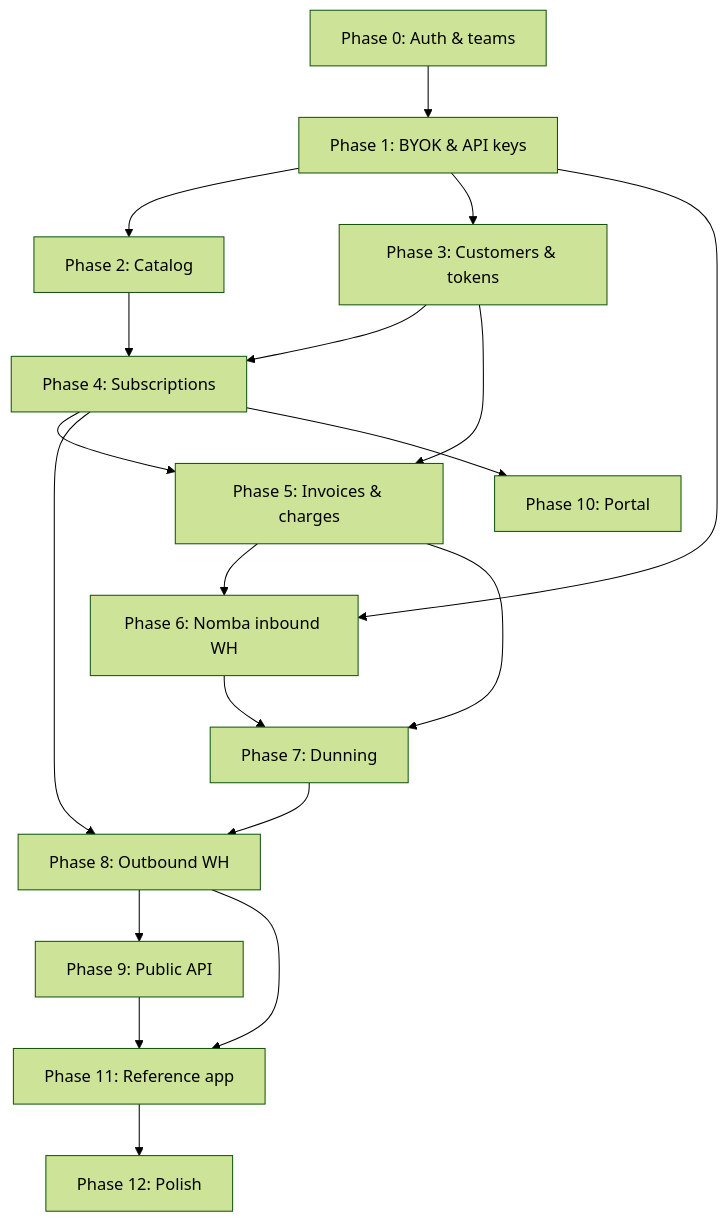
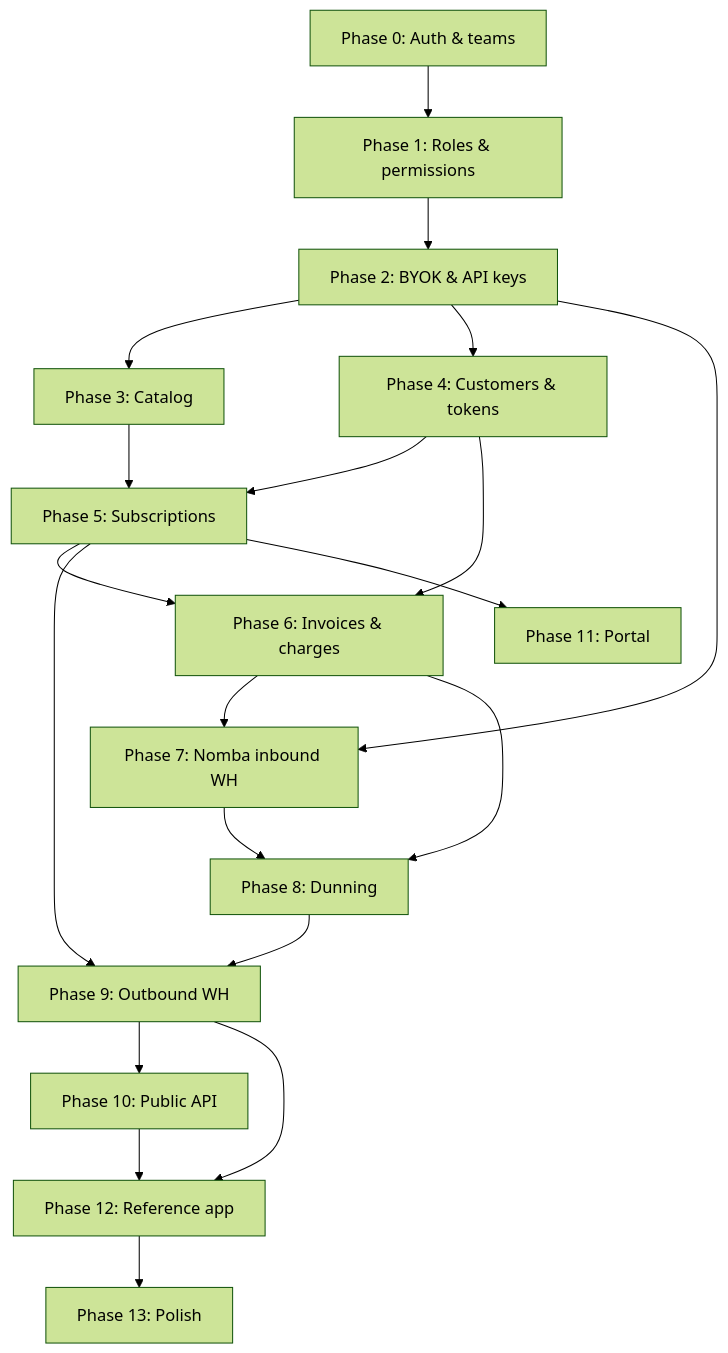
One commit to josephajibodu/bouclay changed the diagram in IMPLEMENTATION.md. Above: the diagram before and after it, drawn with Mermaid (forest theme). The commit also changed other lines of this file and 2 other files, not shown here.

Commit message:
docs: roles and permissions update

````diff
--- a/IMPLEMENTATION.md
+++ b/IMPLEMENTATION.md
@@ -221,35 +241,37 @@
 ```mermaid
 flowchart TD
     P0[Phase 0: Auth & teams]
-    P1[Phase 1: BYOK & API keys]
-    P2[Phase 2: Catalog]
-    P3[Phase 3: Customers & tokens]
-    P4[Phase 4: Subscriptions]
-    P5[Phase 5: Invoices & charges]
-    P6[Phase 6: Nomba inbound WH]
-    P7[Phase 7: Dunning]
-    P8[Phase 8: Outbound WH]
-    P9[Phase 9: Public API]
-    P10[Phase 10: Portal]
-    P11[Phase 11: Reference app]
-    P12[Phase 12: Polish]
+    P1[Phase 1: Roles & permissions]
+    P2[Phase 2: BYOK & API keys]
+    P3[Phase 3: Catalog]
+    P4[Phase 4: Customers & tokens]
+    P5[Phase 5: Subscriptions]
+    P6[Phase 6: Invoices & charges]
+    P7[Phase 7: Nomba inbound WH]
+    P8[Phase 8: Dunning]
+    P9[Phase 9: Outbound WH]
+    P10[Phase 10: Public API]
+    P11[Phase 11: Portal]
+    P12[Phase 12: Reference app]
+    P13[Phase 13: Polish]
 
     P0 --> P1
     P1 --> P2
-    P1 --> P3
+    P2 --> P3
     P2 --> P4
-    P3 --> P4
+    P3 --> P5
     P4 --> P5
-    P3 --> P5
-    P1 --> P6
     P5 --> P6
-    P5 --> P7
+    P4 --> P6
+    P2 --> P7
     P6 --> P7
+    P6 --> P8
     P7 --> P8
-    P4 --> P8
     P8 --> P9
-    P4 --> P10
-    P8 --> P11
-    P9 --> P11
-    P11 --> P12
+    P5 --> P9
+    P9 --> P10
+    P5 --> P11
+    P9 --> P12
+    P10 --> P12
+    P12 --> P13
 ```
````
